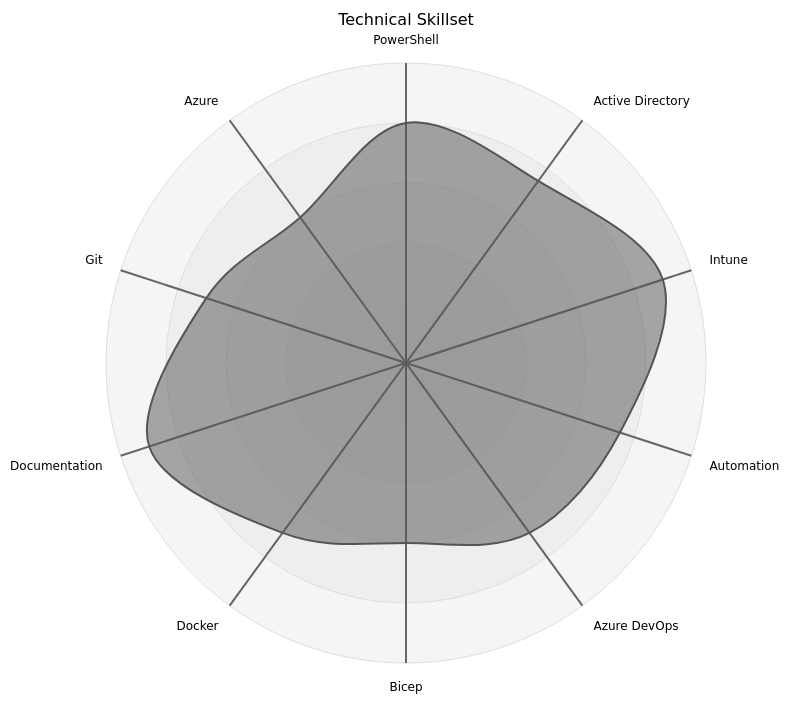
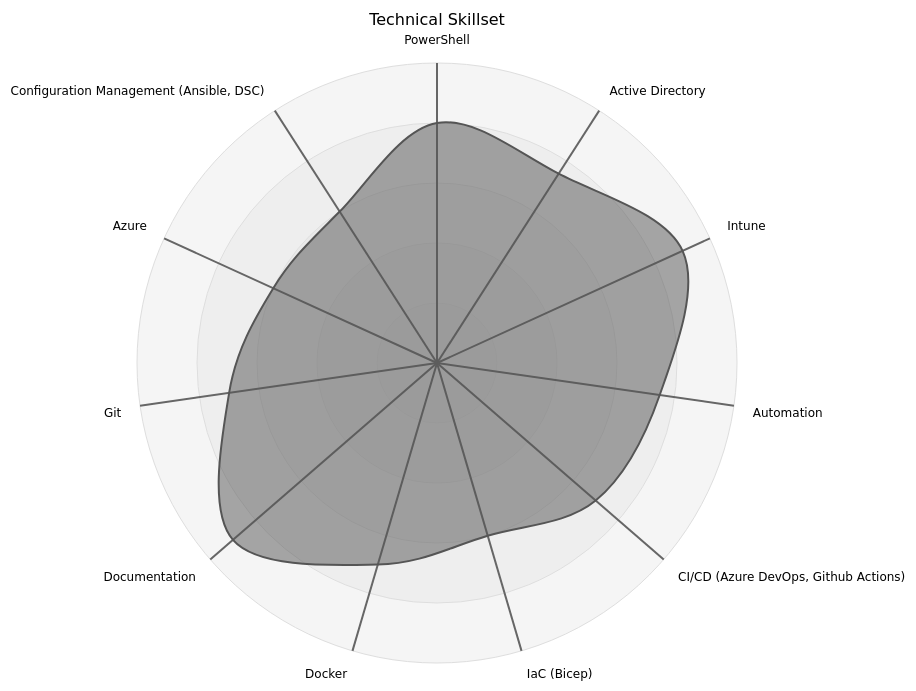
Before and after one commit to adrimus/adrimus.github.io: the first of 2 diagrams in content/skills.md, drawn with Mermaid (neutral theme).

Commit message:
Added some more tech skills

````diff
--- a/content/skills.md
+++ b/content/skills.md
@@ -11,17 +11,18 @@
 ```mermaid
 ---
 title: "Technical Skillset"
 ---
 radar-beta
   showLegend false
   axis ps["PowerShell"], ad["Active Directory"], int["Intune"]
-  axis az["Automation"], dev["Azure DevOps"], bic["Bicep"]
+  axis az["Automation"], cicd["CI/CD (Azure DevOps, Github Actions)"], IaC["IaC (Bicep)"]
   axis dock["Docker"], doc["Documentation"], git["Git"], azu["Azure"]
-  curve adrian["Adrian"]{8, 7.5, 9, 7.5, 7, 6, 7, 9, 7, 6}
+  axis Config["Configuration Management (Ansible, DSC)"]
+  curve adrian["Adrian"]{8, 7.5, 9, 7.5, 7, 6, 7, 9, 7, 6, 6}
 
   max 10
   min 0
     graticule circle
   ticks 5
 
 ```
````
